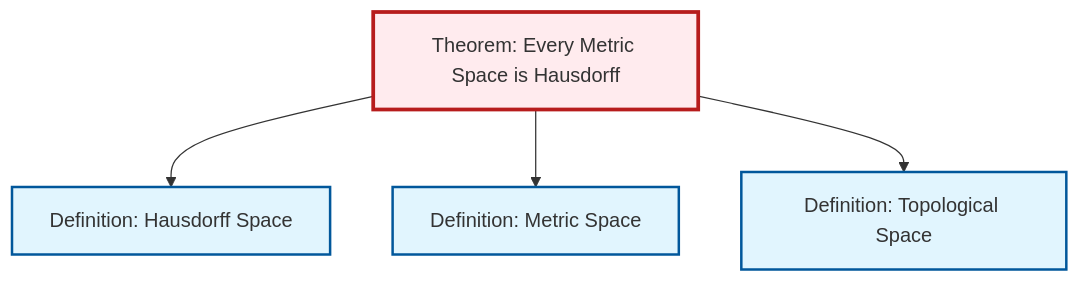
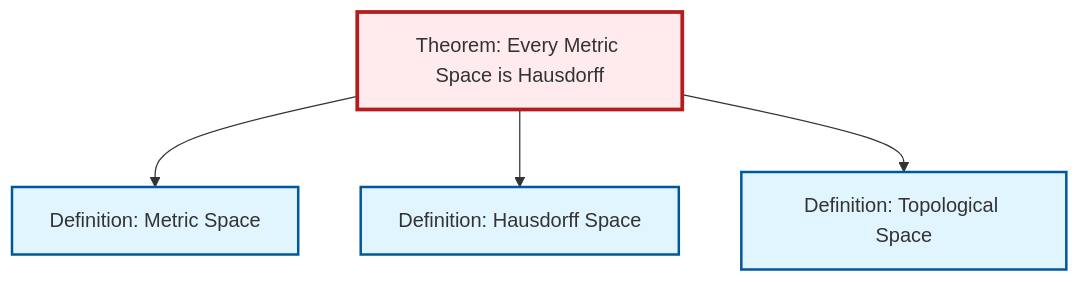
One commit to RK0429/ModernMath changed the diagram in content/ja/topology/thm-metric-hausdorff.qmd. Above: the diagram before and after it, drawn with Mermaid. The commit also changed other lines of this file and 497 other files, not shown here.

````diff
--- a/content/ja/topology/thm-metric-hausdorff.qmd
+++ b/content/ja/topology/thm-metric-hausdorff.qmd
@@ -63,20 +63,20 @@
 ```{mermaid}
 %%| fig-cap: "Local dependency graph"
 graph TD
     classDef definition fill:#e1f5fe,stroke:#01579b,stroke-width:2px
     classDef theorem fill:#f3e5f5,stroke:#4a148c,stroke-width:2px
     classDef axiom fill:#fff3e0,stroke:#e65100,stroke-width:2px
     classDef example fill:#e8f5e9,stroke:#1b5e20,stroke-width:2px
     classDef current fill:#ffebee,stroke:#b71c1c,stroke-width:3px
+    thm-metric-hausdorff["Theorem: Every Metric Space is Hausdorff"]:::theorem
     def-metric-space["Definition: Metric Space"]:::definition
-    thm-metric-hausdorff["Theorem: Every Metric Space is Hausdorff"]:::theorem
     def-hausdorff["Definition: Hausdorff Space"]:::definition
     def-topological-space["Definition: Topological Space"]:::definition
+    thm-metric-hausdorff --> def-metric-space
     thm-metric-hausdorff --> def-hausdorff
-    thm-metric-hausdorff --> def-metric-space
     thm-metric-hausdorff --> def-topological-space
     class thm-metric-hausdorff current
     click def-metric-space "def-metric-space.html" "Definition: Metric Spaceへ"
     click def-hausdorff "def-hausdorff.html" "Definition: Hausdorff Spaceへ"
     click def-topological-space "def-topological-space.html" "Definition: Topological Spaceへ"
 ```
````
